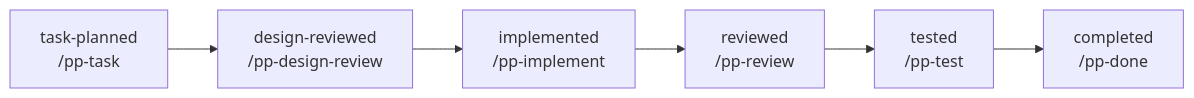
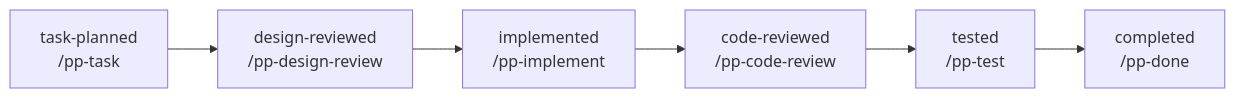
One commit to shacharf/projectskills changed the diagram in README.md. Above: the diagram before and after it, drawn with Mermaid. The commit also changed other lines of this file and 8 other files, not shown here.

Commit message:
cleanup, nicer orchestration. Cleared up what code-review is doing

````diff
--- a/README.md
+++ b/README.md
@@ -58,8 +58,8 @@
 ```mermaid
 flowchart LR
     A["task-planned<br/>/pp-task"] --> B["design-reviewed<br/>/pp-design-review"]
     B --> C["implemented<br/>/pp-implement"]
-    C --> D["reviewed<br/>/pp-review"]
+    C --> D["code-reviewed<br/>/pp-code-review"]
     D --> E["tested<br/>/pp-test"]
     E --> F["completed<br/>/pp-done"]
 ```
````
